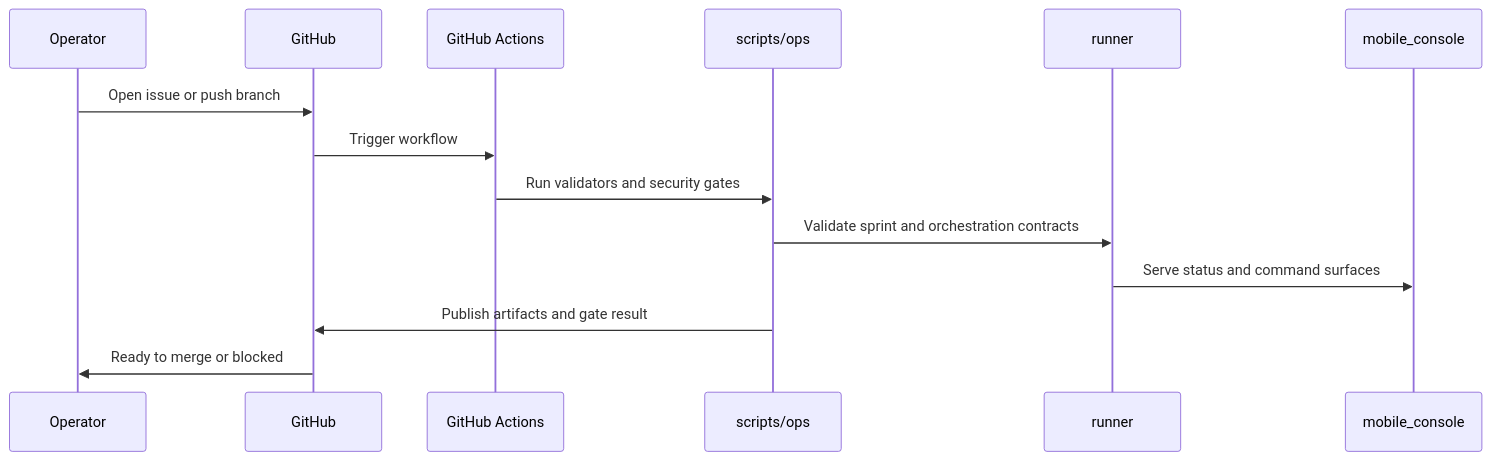
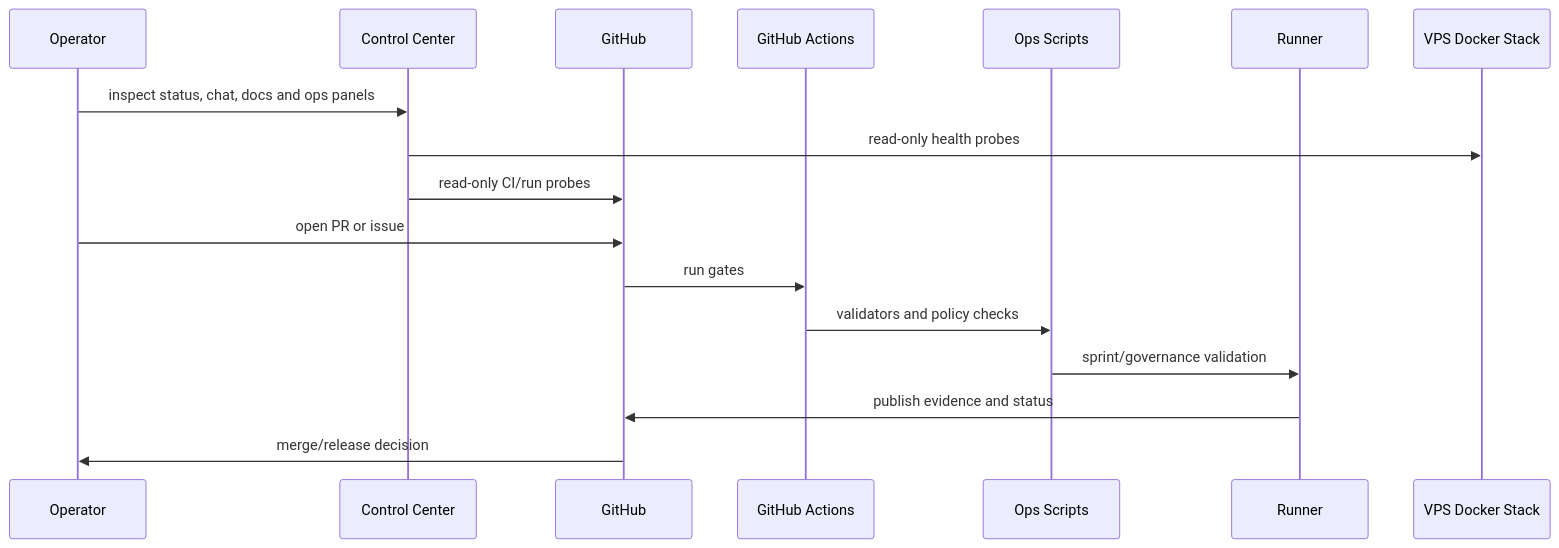
Before and after one commit to famatyyk/CTOAi: the second of 2 diagrams in docs/REPO_SCHEMA.md, drawn with Mermaid. The commit also changed other lines of this file and 47 other files, not shown here.

First line of the commit message:
[codex] build control center foundation (#172)

````diff
--- a/docs/REPO_SCHEMA.md
+++ b/docs/REPO_SCHEMA.md
@@ -64,17 +147,20 @@
 ```mermaid
 sequenceDiagram
-    participant U as Operator
+    participant OP as Operator
+    participant CC as Control Center
     participant GH as GitHub
     participant CI as GitHub Actions
-    participant OPS as scripts/ops
-    participant RUN as runner
-    participant APP as mobile_console
+    participant OPS as Ops Scripts
+    participant RUN as Runner
+    participant VPS as VPS Docker Stack
 
-    U->>GH: Open issue or push branch
-    GH->>CI: Trigger workflow
-    CI->>OPS: Run validators and security gates
-    OPS->>RUN: Validate sprint and orchestration contracts
-    RUN->>APP: Serve status and command surfaces
-    OPS->>GH: Publish artifacts and gate result
-    GH->>U: Ready to merge or blocked
+    OP->>CC: inspect status, chat, docs and ops panels
+    CC->>VPS: read-only health probes
+    CC->>GH: read-only CI/run probes
+    OP->>GH: open PR or issue
+    GH->>CI: run gates
+    CI->>OPS: validators and policy checks
+    OPS->>RUN: sprint/governance validation
+    RUN->>GH: publish evidence and status
+    GH->>OP: merge/release decision
 ```
````
